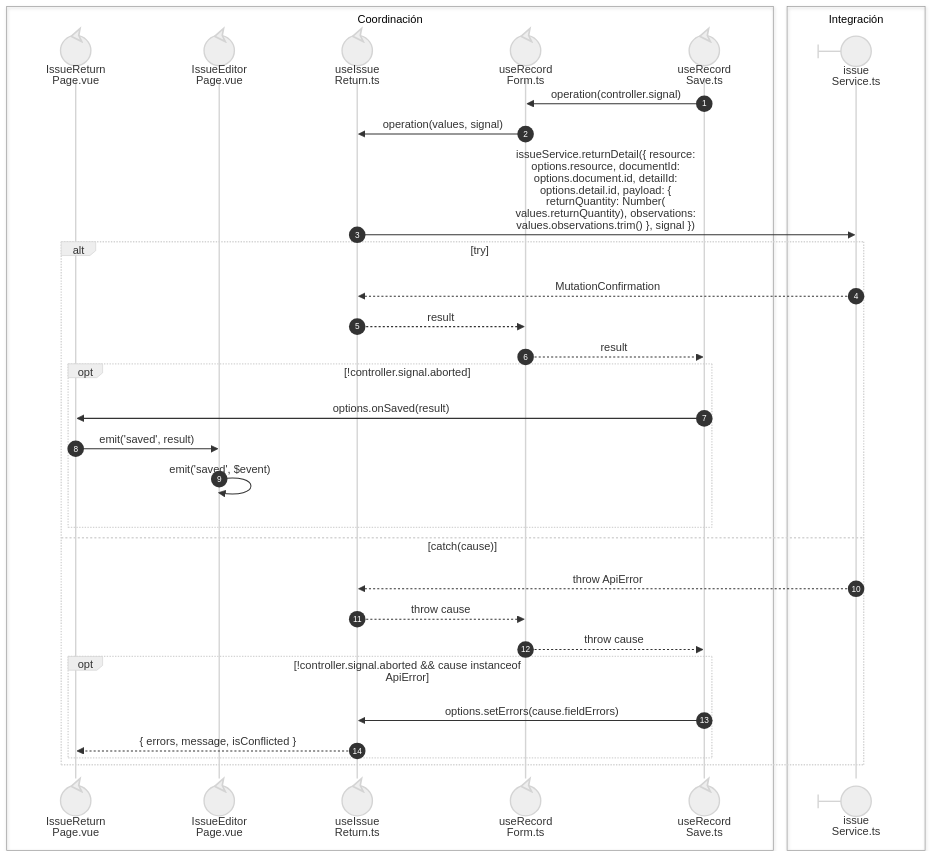
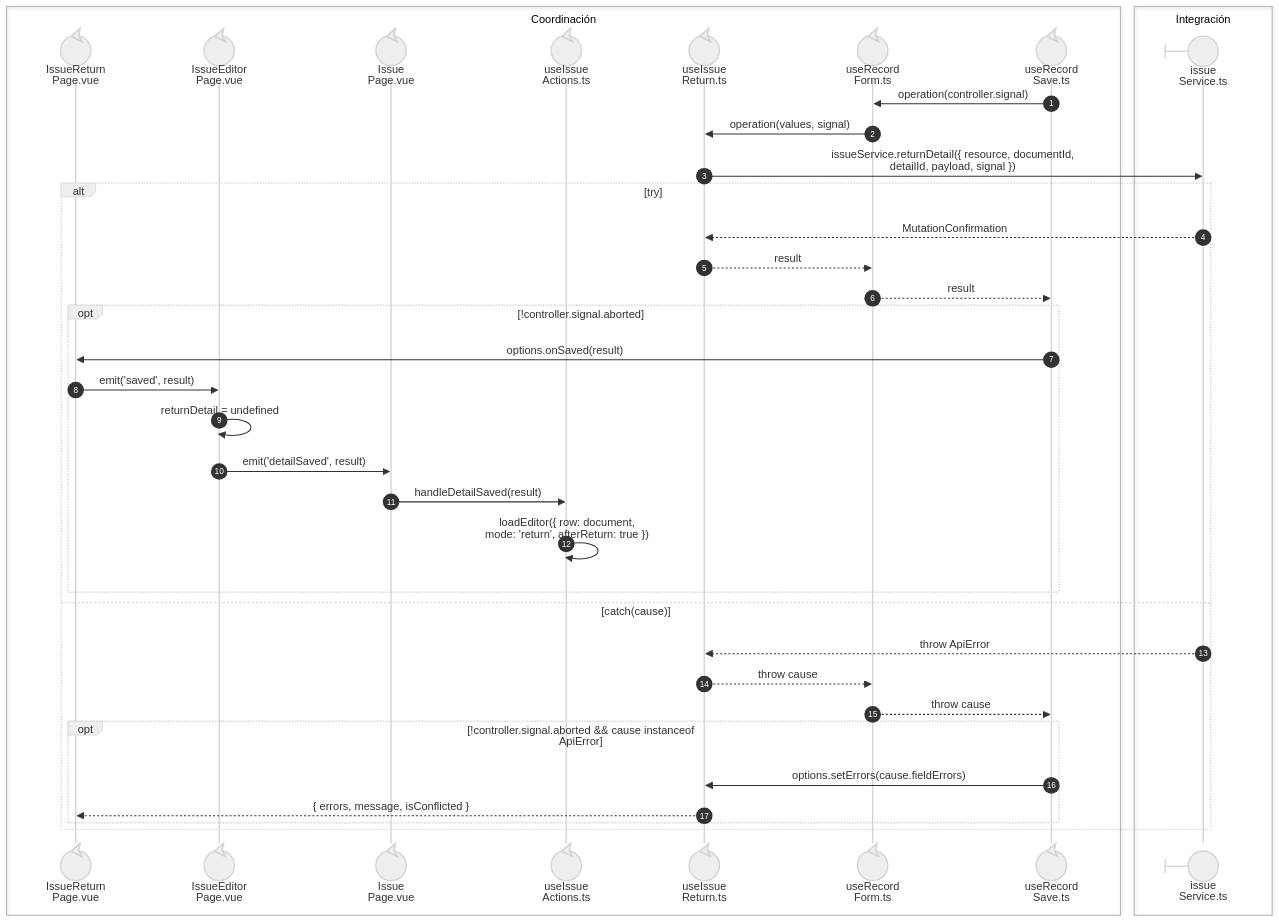
The second of 2 diagrams in front/docs/architecture/views/processes/07-issues/03-issue-return.md (gpgsistemas01/nexus), drawn with Mermaid (neutral theme) before and after one commit. The commit also changed other lines of this file and 93 other files, not shown here.

````diff
--- a/front/docs/architecture/views/processes/07-issues/03-issue-return.md
+++ b/front/docs/architecture/views/processes/07-issues/03-issue-return.md
@@ -41,35 +41,40 @@
 ```mermaid
 sequenceDiagram
     autonumber
     box Coordinación
     participant Page@{ "type": "control" } as IssueReturn<br/>Page.vue
     participant Parent@{ "type": "control" } as IssueEditor<br/>Page.vue
+    participant Screen@{ "type": "control" } as Issue<br/>Page.vue
+    participant Actions@{ "type": "control" } as useIssue<br/>Actions.ts
     participant Return@{ "type": "control" } as useIssue<br/>Return.ts
     participant Record@{ "type": "control" } as useRecord<br/>Form.ts
     participant Save@{ "type": "control" } as useRecord<br/>Save.ts
     end
     box Integración
     participant Service@{ "type": "boundary" } as issue<br/>Service.ts
     end
     Save->>Record: nowrap: operation(controller.signal)
     Record->>Return: nowrap: operation(values, signal)
-    Return->>Service: nowrap: issueService.returnDetail({ resource:<br/>options.resource, documentId:<br/>options.document.id, detailId:<br/>options.detail.id, payload: {<br/>returnQuantity: Number(<br/>values.returnQuantity), observations:<br/>values.observations.trim() }, signal })
+    Return->>Service: nowrap: issueService.returnDetail({ resource, documentId,<br/>detailId, payload, signal })
     alt nowrap: try
         Service-->>Return: nowrap: MutationConfirmation
         Return-->>Record: nowrap: result
         Record-->>Save: nowrap: result
         opt nowrap: !controller.signal.aborted
             Save->>Page: nowrap: options.onSaved(result)
             Page->>Parent: nowrap: emit('saved', result)
-            Parent->>Parent: nowrap: emit('saved', $event)
+            Parent->>Parent: nowrap: returnDetail = undefined
+            Parent->>Screen: nowrap: emit('detailSaved', result)
+            Screen->>Actions: nowrap: handleDetailSaved(result)
+            Actions->>Actions: nowrap: loadEditor({ row: document,<br/>mode: 'return', afterReturn: true })
         end
     else nowrap: catch(cause)
         Service-->>Return: nowrap: throw ApiError
         Return-->>Record: nowrap: throw cause
         Record-->>Save: nowrap: throw cause
         opt nowrap: !controller.signal.aborted && cause instanceof<br/>ApiError
             Save->>Return: nowrap: options.setErrors(cause.fieldErrors)
             Return-->>Page: nowrap: { errors, message, isConflicted }
         end
     end
 ```
````
